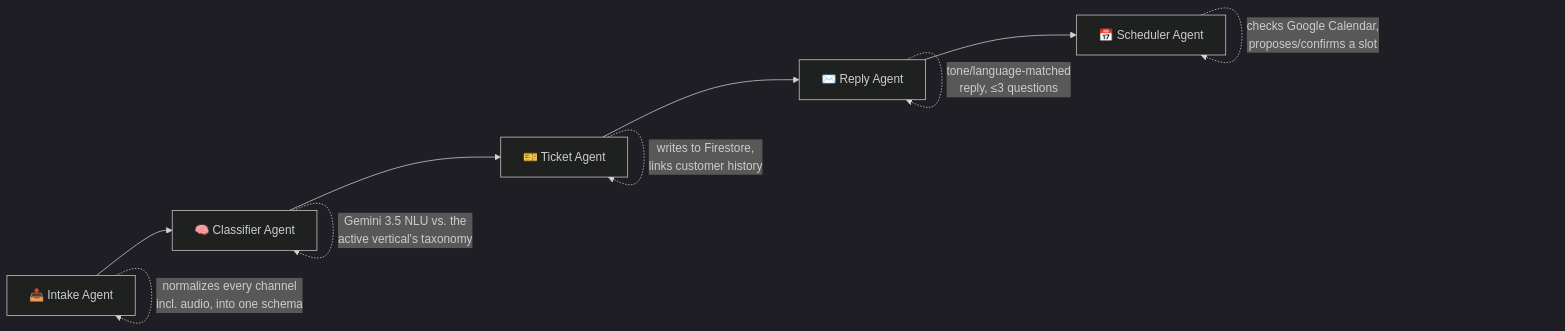
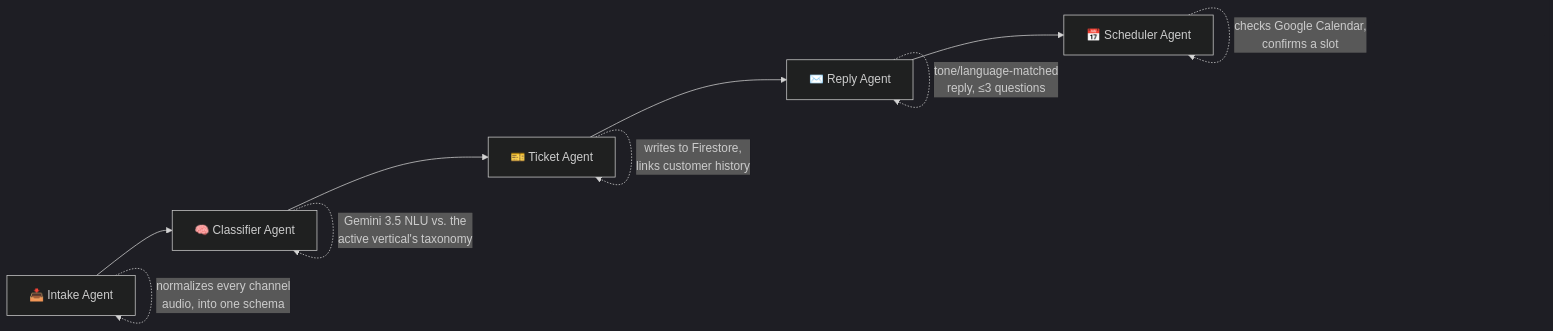
The diagram in README.md (Moki00/taskmaster), drawn with Mermaid (dark theme) before and after one commit. The commit also changed other lines of this file and 2 other files, not shown here.

````diff
--- a/README.md
+++ b/README.md
@@ -55,13 +53,13 @@
 ```mermaid
 flowchart LR
     A[📥 Intake Agent] --> B[🧠 Classifier Agent]
     B --> C[🎫 Ticket Agent]
     C --> D[✉️ Reply Agent]
     D --> E[📅 Scheduler Agent]
 
-    A -.->|normalizes every channel<br/>incl. audio, into one schema| A
+    A -.->|normalizes every channel<br/>audio, into one schema| A
     B -.->|Gemini 3.5 NLU vs. the<br/>active vertical's taxonomy| B
     C -.->|writes to Firestore,<br/>links customer history| C
     D -.->|tone/language-matched<br/>reply, ≤3 questions| D
-    E -.->|checks Google Calendar,<br/>proposes/confirms a slot| E
+    E -.->|checks Google Calendar,<br/>confirms a slot| E
 ```
````
